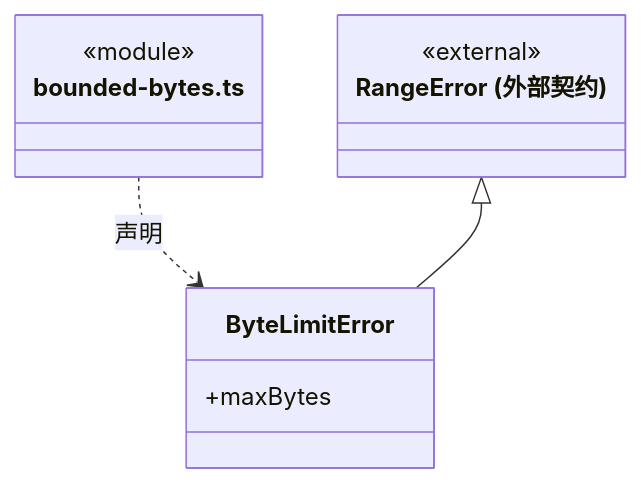
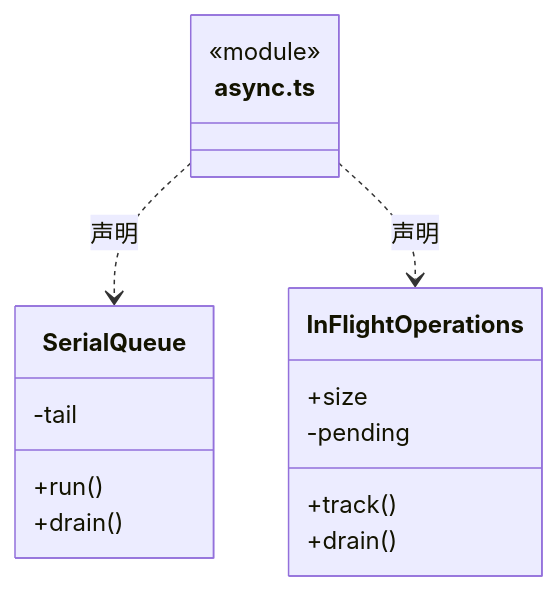
One commit to nan023062/cbim changed the first of 9 diagrams in src/foundations/utility/ARCHITECTURE.md. Above: the diagram before and after it, drawn with Mermaid. The commit also changed other lines of this file and 28 other files, not shown here.

````diff
--- a/src/foundations/utility/ARCHITECTURE.md
+++ b/src/foundations/utility/ARCHITECTURE.md
@@ -36,14 +24,19 @@
 ```mermaid
 classDiagram
-class N_src_foundations_utility_bounded_bytes_ts["bounded-bytes.ts"] {
+class N_src_foundations_utility_async_ts["async.ts"] {
   <<module>>
 }
-class N_src_foundations_utility_bounded_bytes_ts_ByteLimitError["ByteLimitError"] {
-  +maxBytes
+class N_src_foundations_utility_async_ts_SerialQueue["SerialQueue"] {
+  +run()
+  +drain()
+  -tail
 }
-N_src_foundations_utility_bounded_bytes_ts ..> N_src_foundations_utility_bounded_bytes_ts_ByteLimitError : 声明
-class N_src_foundations_utility_bounded_bytes_ts_external_RangeError["RangeError (外部契约)"] {
-  <<external>>
+N_src_foundations_utility_async_ts ..> N_src_foundations_utility_async_ts_SerialQueue : 声明
+class N_src_foundations_utility_async_ts_InFlightOperations["InFlightOperations"] {
+  +track()
+  +size
+  +drain()
+  -pending
 }
-N_src_foundations_utility_bounded_bytes_ts_external_RangeError <|-- N_src_foundations_utility_bounded_bytes_ts_ByteLimitError
+N_src_foundations_utility_async_ts ..> N_src_foundations_utility_async_ts_InFlightOperations : 声明
 ```
````
